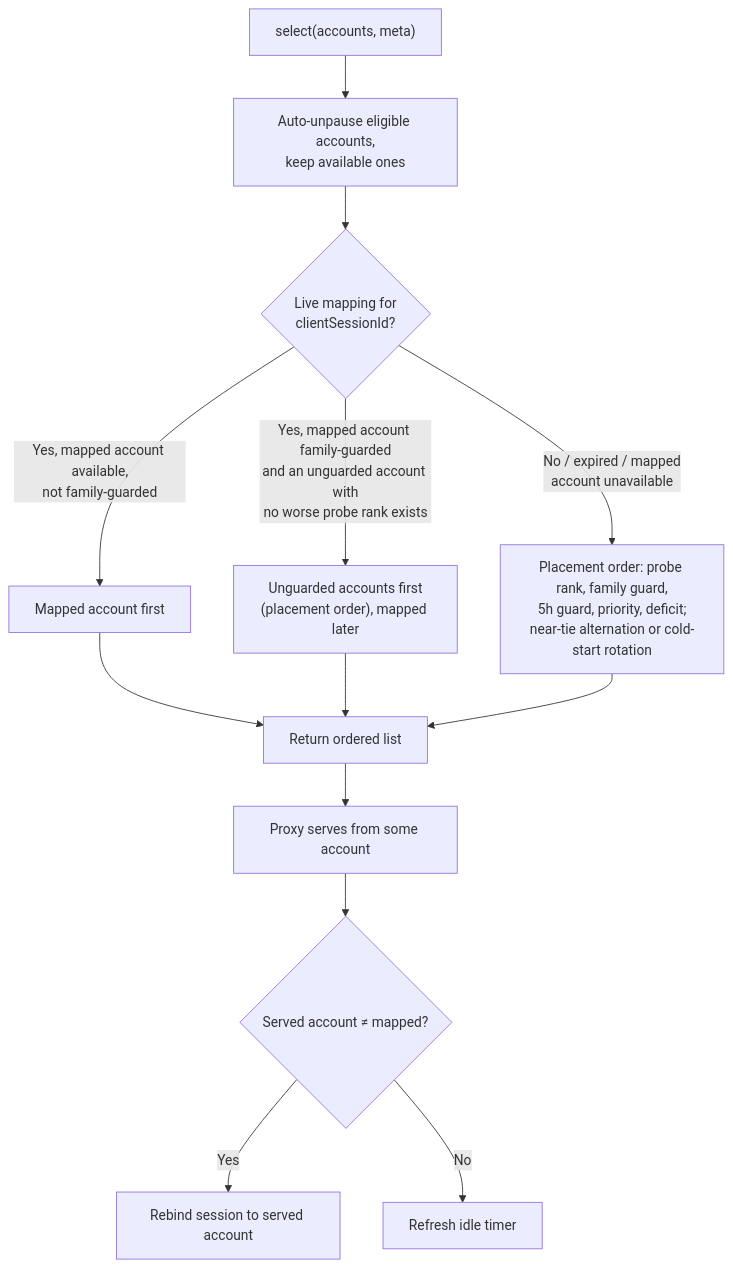
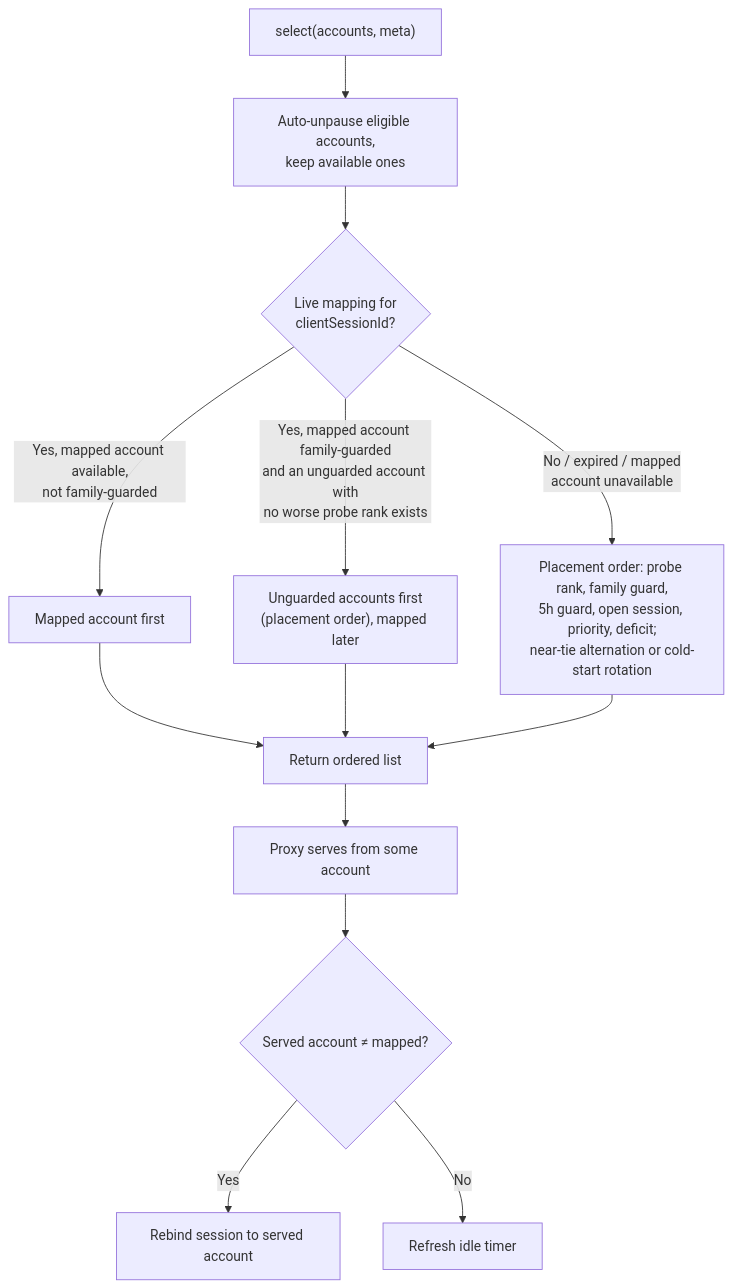
The fifth of 9 diagrams in docs/routing-architecture.md (filip-gooddata/better-ccflare), drawn with Mermaid before and after one commit. The commit also changed other lines of this file and 1 other file, not shown here.

Commit message:
docs: describe the session-pace open-session rule and its place in the order

````diff
--- a/docs/routing-architecture.md
+++ b/docs/routing-architecture.md
@@ -188,15 +189,15 @@
 ```mermaid
 flowchart TD
     A["select(accounts, meta)"] --> B["Auto-unpause eligible accounts,<br/>keep available ones"]
     B --> C{"Live mapping for<br/>clientSessionId?"}
     C -->|"Yes, mapped account available,<br/>not family-guarded"| D["Mapped account first"]
     C -->|"Yes, mapped account family-guarded<br/>and an unguarded account with<br/>no worse probe rank exists"| E["Unguarded accounts first<br/>(placement order), mapped later"]
-    C -->|"No / expired / mapped<br/>account unavailable"| F["Placement order: probe rank, family guard,<br/>5h guard, priority, deficit;<br/>near-tie alternation or cold-start rotation"]
+    C -->|"No / expired / mapped<br/>account unavailable"| F["Placement order: probe rank, family guard,<br/>5h guard, open session, priority, deficit;<br/>near-tie alternation or cold-start rotation"]
     D --> H["Return ordered list"]
     E --> H
     F --> H
     H --> I["Proxy serves from some account"]
     I --> J{"Served account ≠ mapped?"}
     J -->|"Yes"| K["Rebind session to served account"]
     J -->|"No"| L["Refresh idle timer"]
 ```
````
